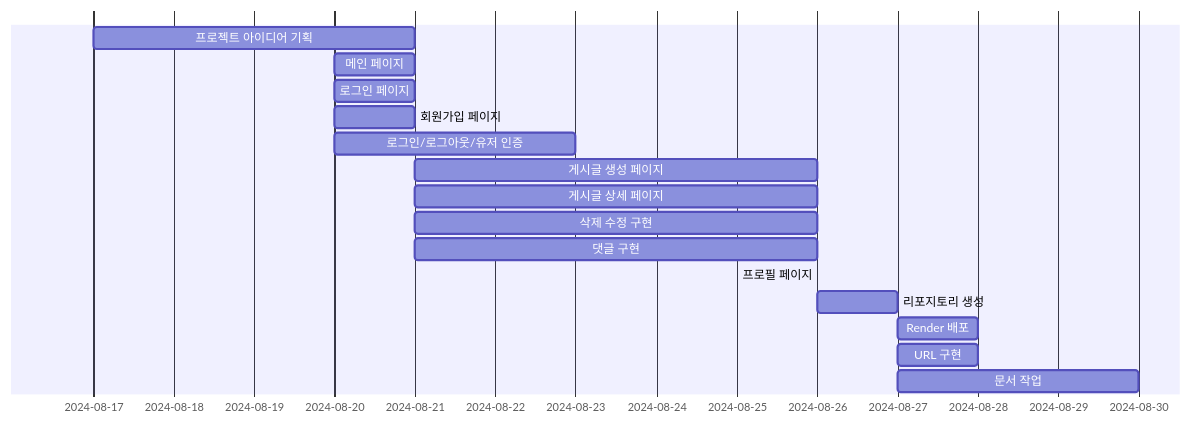
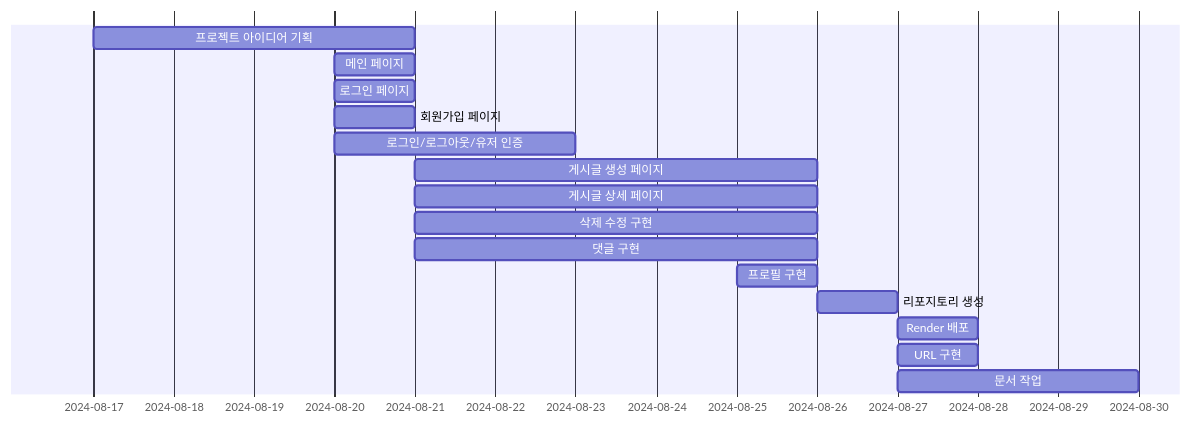
Before and after one commit to vanhalenpanama/Claude_Export_Data_Backup_Blog: the diagram in README.md, drawn with Mermaid.

Commit message:
:bookmark: Update README.md

````diff
--- a/README.md
+++ b/README.md
@@ -26,18 +26,18 @@
 ```mermaid
 gantt
   dateFormat  YYYY-MM-DD
 	프로젝트 아이디어 기획: 2024-08-17, 2024-08-21	
     	메인 페이지: 2024-08-20, 2024-08-21
 	로그인 페이지: 2024-08-20, 2024-08-21
     	회원가입 페이지: 2024-08-20, 2024-08-21
     	로그인/로그아웃/유저 인증: 2024-08-20, 2024-08-23
     	게시글 생성 페이지: 2024-08-21, 2024-08-26
    	게시글 상세 페이지: 2024-08-21, 2024-08-26
     	삭제 수정 구현: 2024-08-21, 2024-08-26
 	댓글 구현: 2024-08-21, 2024-08-26
-    	프로필 페이지: 2024-08-25, 22024-08-26
+    	프로필 구현: 2024-08-25, 2024-08-26
 	리포지토리 생성: 2024-08-26, 2024-08-27
 	Render 배포: 2024-08-27, 2024-08-28
 	URL 구현: 2024-08-27, 2024-08-28
 	문서 작업: 2024-08-27, 2024-08-30
 ```
````
